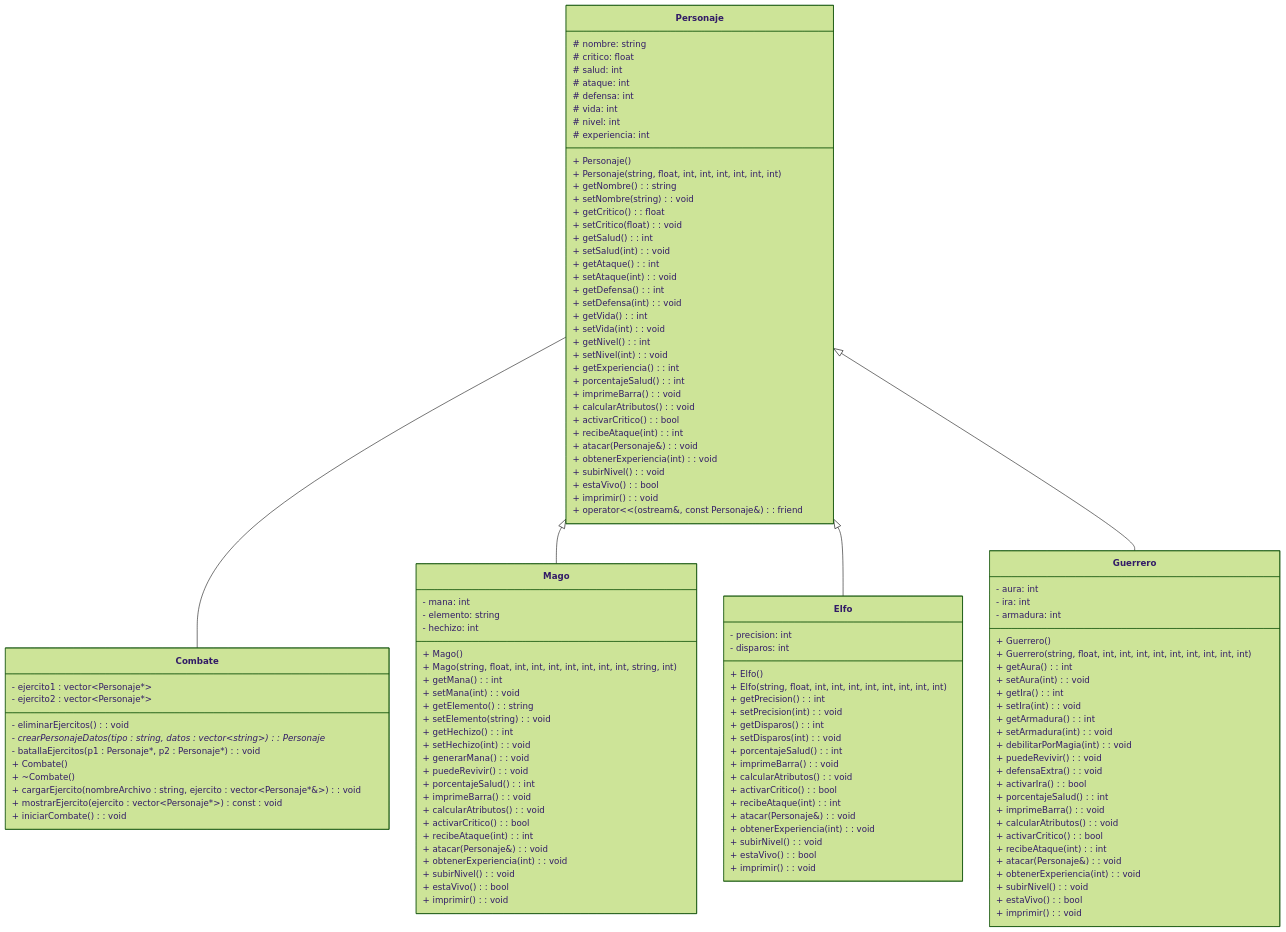
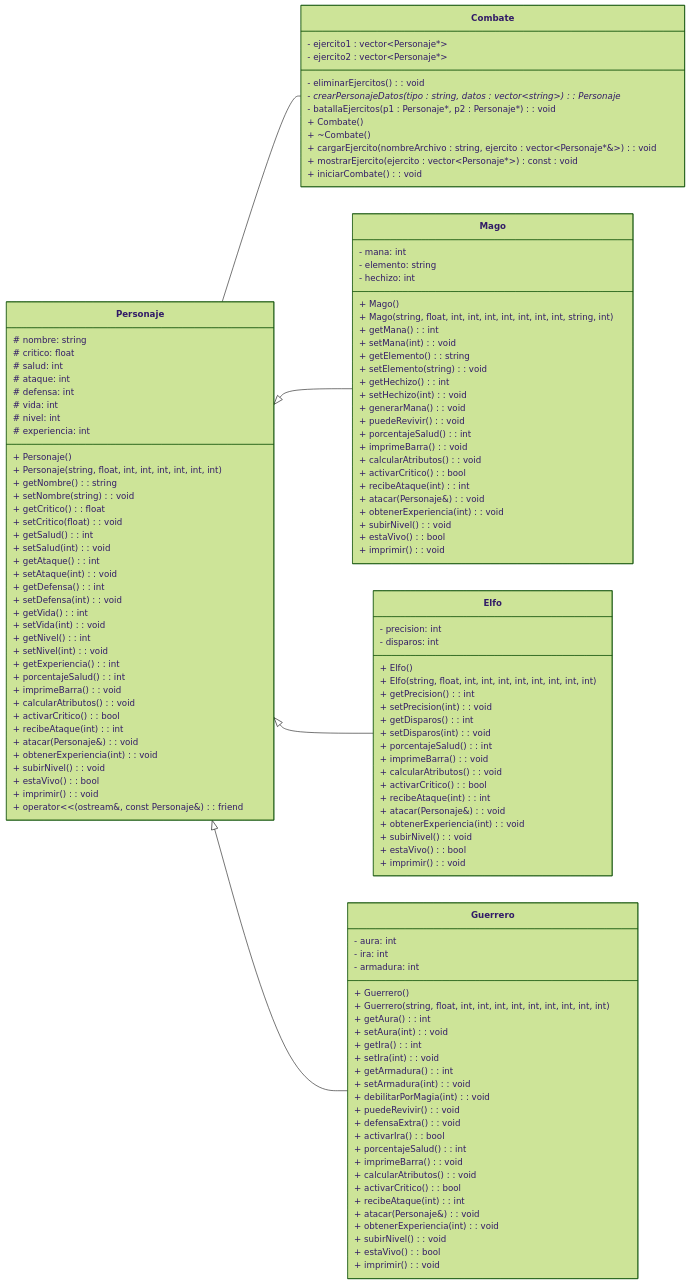
One commit to MiguelMonroy-hub/Proyecto_A01739891 changed the diagram in assignments/Proyecto/README.md. Above: the diagram before and after it, drawn with Mermaid (forest theme).

Commit message:
Prueba UML

````diff
--- a/assignments/Proyecto/README.md
+++ b/assignments/Proyecto/README.md
@@ -13,10 +13,7 @@
 ```mermaid
 classDiagram
-    Personaje -- Combate
-    Personaje <|-- Mago
-    Personaje <|-- Elfo
-    Personaje <|-- Guerrero
 
+    direction LR
 class Personaje {
     
     # nombre: string
@@ -73,6 +70,11 @@
     + mostrarEjercito(ejercito : vector~Personaje*~) const : void
     + iniciarCombate() : void
 }
+    Personaje -- Combate
+    Personaje <|-- Mago
+    Personaje <|-- Elfo
+    Personaje <|-- Guerrero
+
 
 class Mago {
     - mana: int
````
